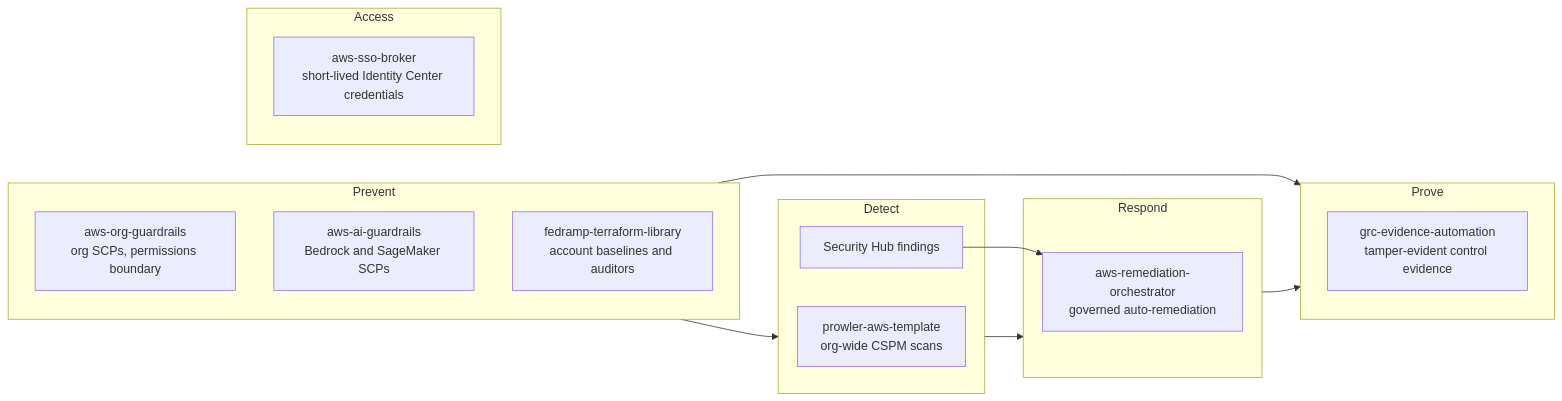
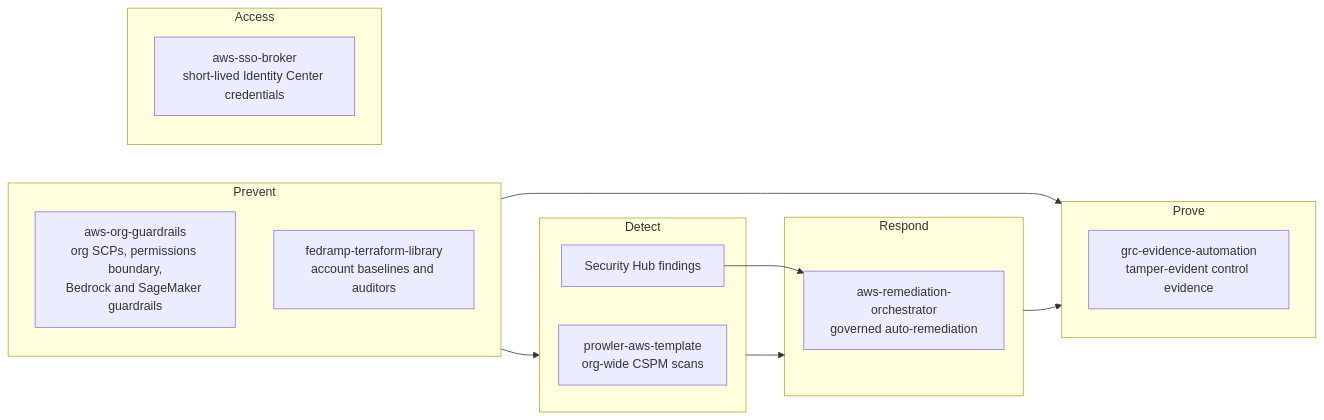
One commit to DustyStudy/DustyStudy changed the diagram in README.md. Above: the diagram before and after it, drawn with Mermaid. The commit also changed other lines of this file, not shown here.

````diff
--- a/README.md
+++ b/README.md
@@ -27,25 +25,24 @@
 ```mermaid
 flowchart LR
   subgraph prevent["Prevent"]
-    org["aws-org-guardrails<br/>org SCPs, permissions boundary"]
-    ai["aws-ai-guardrails<br/>Bedrock and SageMaker SCPs"]
+    org["aws-org-guardrails<br/>org SCPs, permissions boundary,<br/>Bedrock and SageMaker guardrails"]
     lib["fedramp-terraform-library<br/>account baselines and auditors"]
   end
   subgraph access["Access"]
     sso["aws-sso-broker<br/>short-lived Identity Center credentials"]
   end
   subgraph detect["Detect"]
     prowler["prowler-aws-template<br/>org-wide CSPM scans"]
     sh["Security Hub findings"]
   end
   subgraph respond["Respond"]
     rem["aws-remediation-orchestrator<br/>governed auto-remediation"]
   end
   subgraph prove["Prove"]
     grc["grc-evidence-automation<br/>tamper-evident control evidence"]
   end
   prevent --> detect --> respond
   sh --> rem
   prevent --> prove
   respond --> prove
 ```
````
